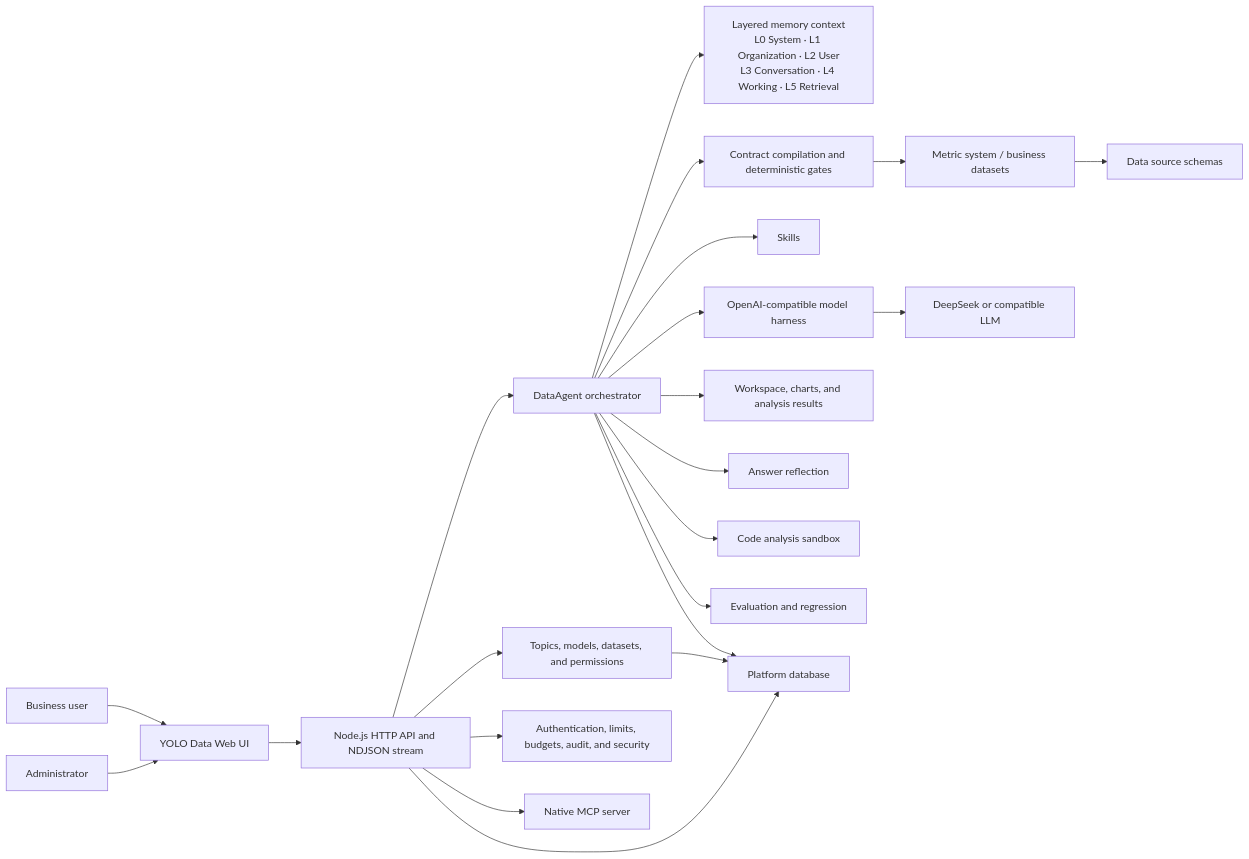
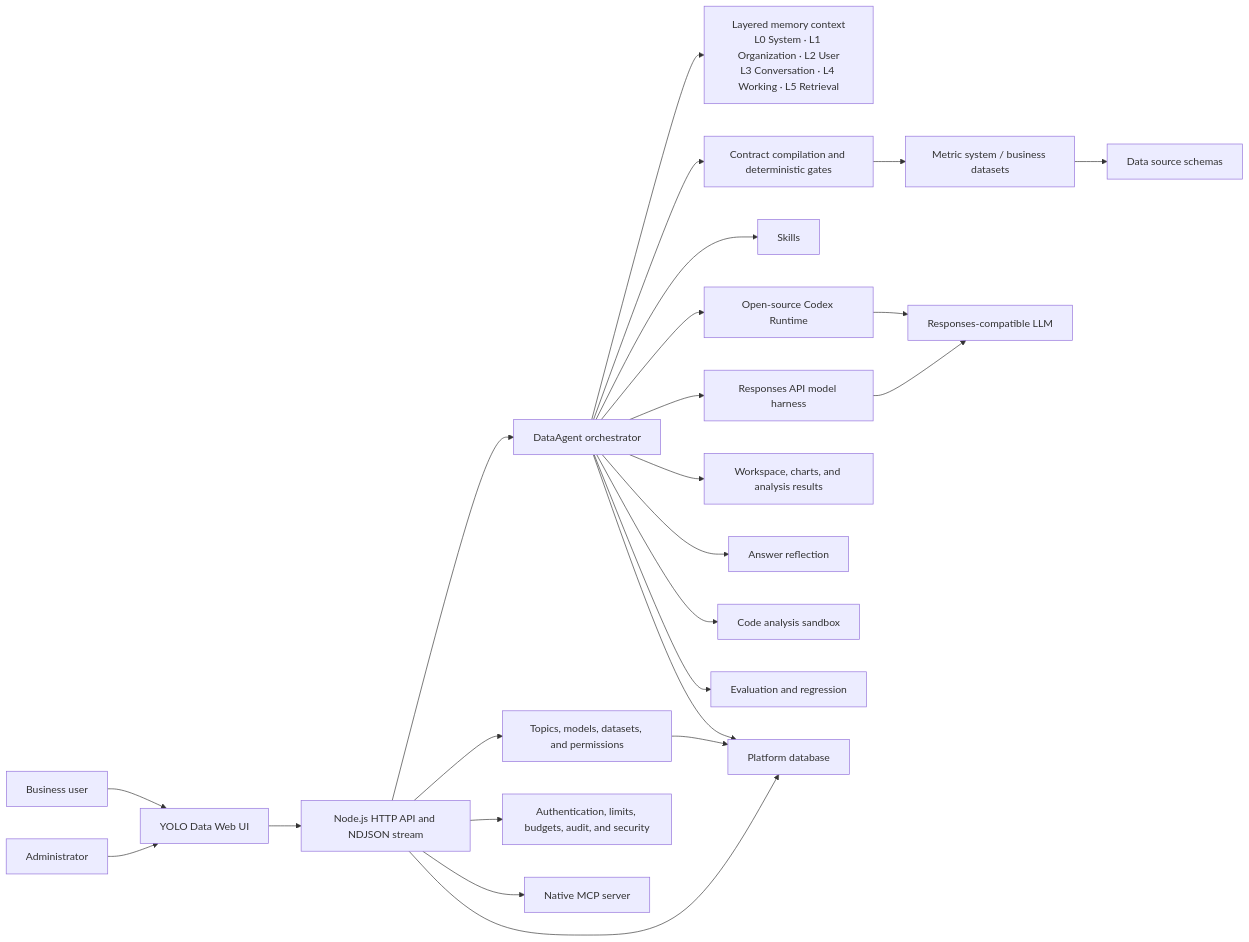
Before and after one commit to xiaour/yolo-data: the diagram in README_EN.md, drawn with Mermaid. The commit also changed other lines of this file and 87 other files, not shown here.

Commit message:
integrate codex runtime.

````diff
--- a/README_EN.md
+++ b/README_EN.md
@@ -99,28 +101,30 @@
 ```mermaid
 flowchart LR
   USER["Business user"] --> UI["YOLO Data Web UI"]
   ADMIN["Administrator"] --> UI
 
   UI --> API["Node.js HTTP API and NDJSON stream"]
   API --> AGENT["DataAgent orchestrator"]
   API --> CONFIG["Topics, models, datasets, and permissions"]
 
   MEMORY["Layered memory context\nL0 System · L1 Organization · L2 User\nL3 Conversation · L4 Working · L5 Retrieval"]
   AGENT --> MEMORY
   AGENT --> CONTRACT["Contract compilation and deterministic gates"]
   AGENT --> SKILL["Skills"]
-  AGENT --> HARNESS["OpenAI-compatible model harness"]
+  AGENT --> CODEX["Open-source Codex Runtime"]
+  AGENT --> HARNESS["Responses API model harness"]
   CONTRACT --> SOURCES["Metric system / business datasets"]
   AGENT --> OUTPUT["Workspace, charts, and analysis results"]
   AGENT --> REFLECT["Answer reflection"]
   API --> GOVERNANCE["Authentication, limits, budgets, audit, and security"]
   API --> MCP["Native MCP server"]
   AGENT --> SANDBOX["Code analysis sandbox"]
   AGENT --> EVAL["Evaluation and regression"]
 
-  HARNESS --> LLM["DeepSeek or compatible LLM"]
+  CODEX --> LLM["Responses-compatible LLM"]
+  HARNESS --> LLM
   SOURCES --> PLATFORM["Data source schemas"]
   API --> DB["Platform database"]
   AGENT --> DB
   CONFIG --> DB
 ```
````
